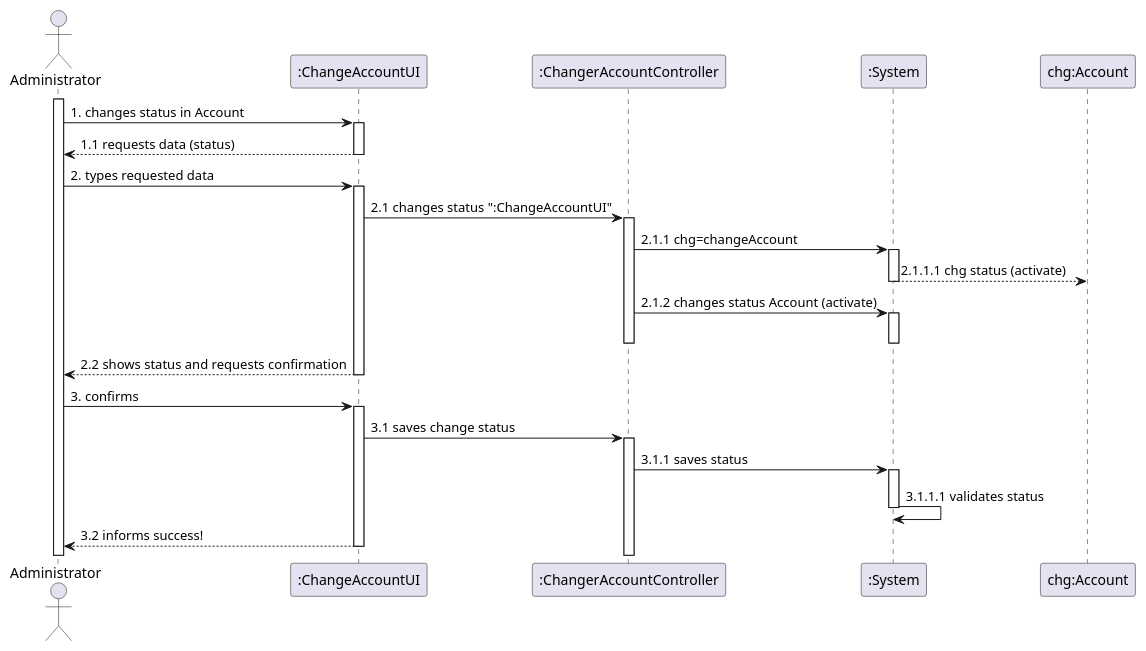
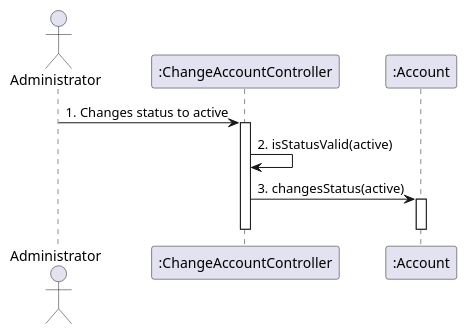
Before and after one commit to Loracline/project_switch_22-23: the diagram in docs/modelling_design/US006_Sequence_Diagram.puml, drawn with PlantUML.

Commit message:
US 006: Project: OO Design US number: 006 Discipline/phase: OO Design. Use cases: added Sequence Diagram (activate a user account)

```diff
--- a/docs/modelling_design/US006_Sequence_Diagram.puml
+++ b/docs/modelling_design/US006_Sequence_Diagram.puml
@@ -1,43 +1,18 @@
 @startuml
 'https://plantuml.com/sequence-diagram
 
 
 actor "Administrator"
-participant ":ChangeAccountUI" as rgui
-participant ":ChangerAccountController" as rgc
-participant ":System" as System
-participant "chg:Account" as Account
+participant ":ChangeAccountController" as rgc
+participant ":Account" as Account
 
-activate Administrator
-Administrator  -> rgui : 1. changes status in Account
-activate rgui
-rgui --> Administrator: 1.1 requests data (status)
-deactivate rgui
-Administrator -> rgui: 2. types requested data
-activate rgui
-rgui -> rgc: 2.1 changes status ":ChangeAccountUI"
+
+Administrator -> rgc: 1. Changes status to active
 activate rgc
-rgc -> System: 2.1.1 chg=changeAccount
-activate System
-System --> Account: 2.1.1.1 chg status (activate)
-deactivate System
-rgc -> System: 2.1.2 changes status Account (activate)
-activate System
+rgc -> rgc: 2. isStatusValid(active)
+rgc -> Account: 3. changesStatus(active)
+activate Account
+deactivate Account
 deactivate rgc
-deactivate System
-rgui --> Administrator: 2.2 shows status and requests confirmation
-deactivate rgui
-Administrator -> rgui: 3. confirms
-activate rgui
-rgui -> rgc: 3.1 saves change status
-activate rgc
-rgc -> System: 3.1.1 saves status
-activate System
-System -> System: 3.1.1.1 validates status
-
-deactivate System
-
-rgui --> Administrator: 3.2 informs success!
-deactivate rgui
 
 @enduml
```
